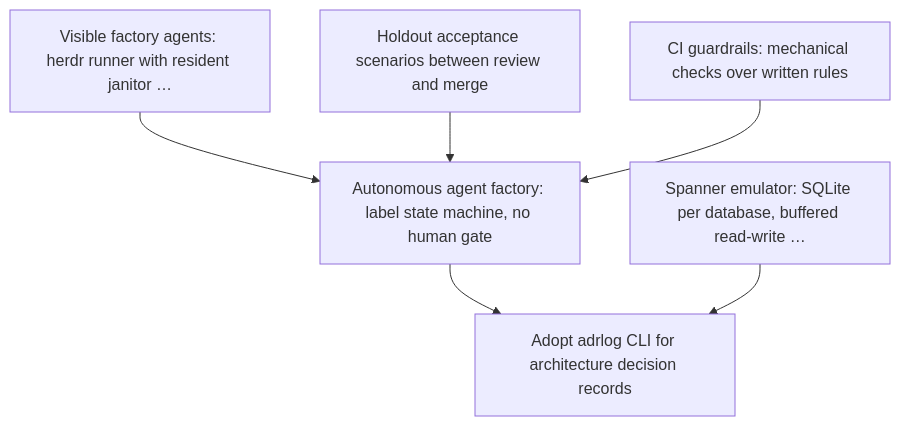
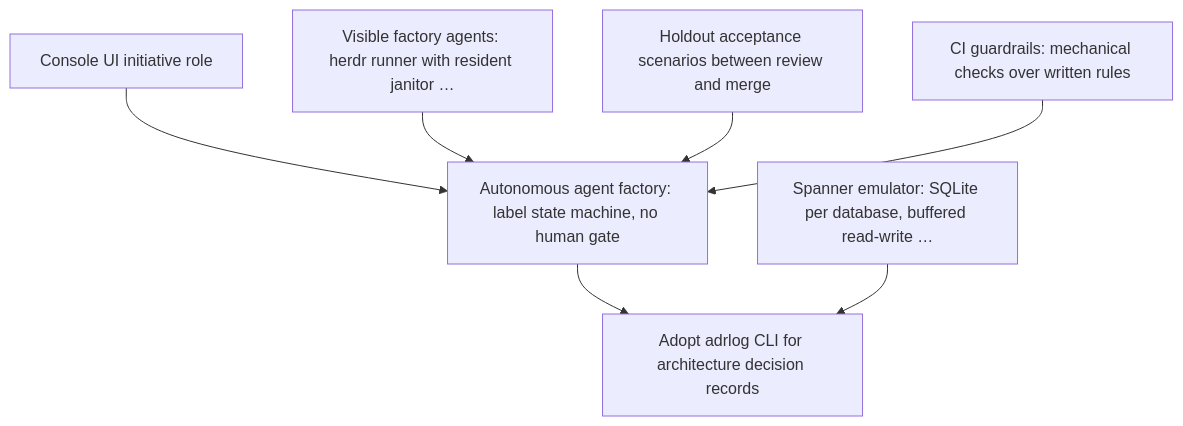
The diagram in docs/adr/README.md (GuitarWag/gcp-local), drawn with Mermaid before and after one commit. The commit also changed other lines of this file and 6 other files, not shown here.

First line of the commit message:
feat(factory): console UI initiative role

````diff
--- a/docs/adr/README.md
+++ b/docs/adr/README.md
@@ -16,14 +17,16 @@
 ```mermaid
 graph TD
-  n0["Visible factory agents: herdr runner with resident janitor …"]
-  n1["Holdout acceptance scenarios between review and merge"]
-  n2["CI guardrails: mechanical checks over written rules"]
-  n3["Autonomous agent factory: label state machine, no human gate"]
-  n4["Spanner emulator: SQLite per database, buffered read-write …"]
-  n5["Adopt adrlog CLI for architecture decision records"]
-  n0 --> n3
-  n1 --> n3
-  n2 --> n3
-  n3 --> n5
-  n4 --> n5
+  n0["Console UI initiative role"]
+  n1["Visible factory agents: herdr runner with resident janitor …"]
+  n2["Holdout acceptance scenarios between review and merge"]
+  n3["CI guardrails: mechanical checks over written rules"]
+  n4["Autonomous agent factory: label state machine, no human gate"]
+  n5["Spanner emulator: SQLite per database, buffered read-write …"]
+  n6["Adopt adrlog CLI for architecture decision records"]
+  n0 --> n4
+  n1 --> n4
+  n2 --> n4
+  n3 --> n4
+  n4 --> n6
+  n5 --> n6
 ```
````
